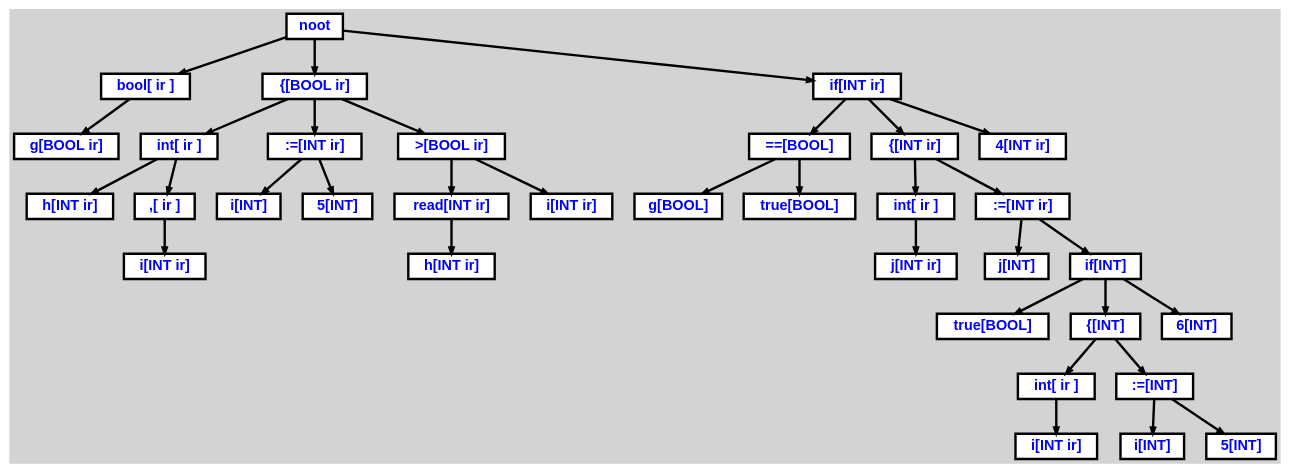
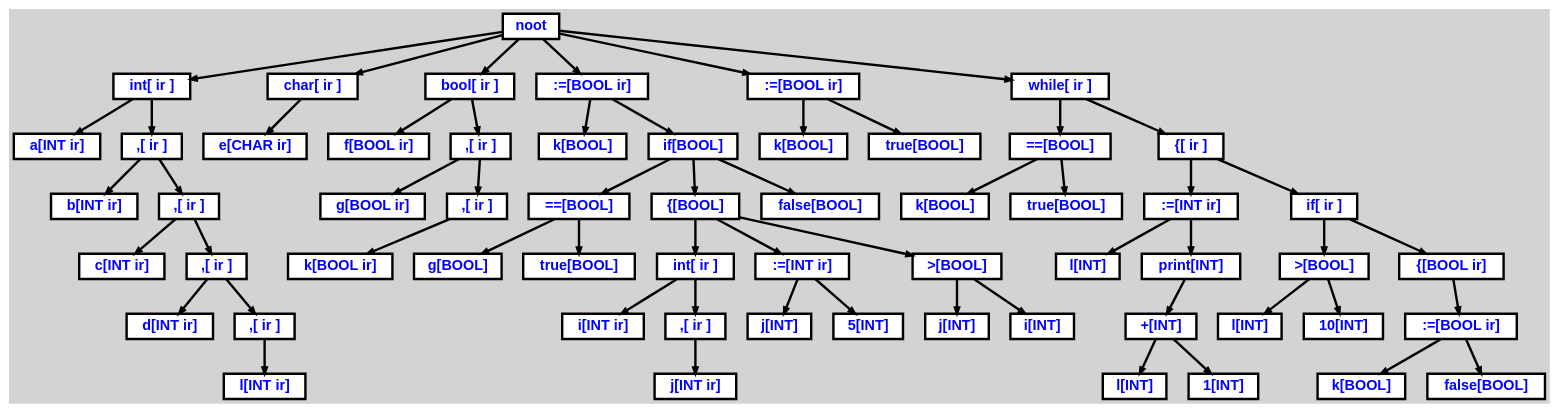
The diagram in examples/example.dot (Shamaoke/Noot-Compiler), drawn with Graphviz before and after one commit. The commit also changed 28 other files, not shown here.

```diff
--- a/examples/example.dot
+++ b/examples/example.dot
@@ -1,94 +1,156 @@
 digraph {
 
 	ordering=out;
 	ranksep=.4;
 	bgcolor="lightgrey"; node [shape=box, fixedsize=false, fontsize=12, fontname="Helvetica-bold", fontcolor="blue"
 		width=.25, height=.25, color="black", fillcolor="white", style="filled, solid, bold"];
 	edge [arrowsize=.5, color="black", style="bold"]
 
   n0 [label="noot"];
-  n1 [label="bool[ ir ]"];
-  n1 [label="bool[ ir ]"];
-  n2 [label="g[BOOL ir]"];
-  n3 [label="{[BOOL ir]"];
-  n3 [label="{[BOOL ir]"];
-  n4 [label="int[ ir ]"];
-  n4 [label="int[ ir ]"];
-  n5 [label="h[INT ir]"];
-  n6 [label=",[ ir ]"];
-  n6 [label=",[ ir ]"];
-  n7 [label="i[INT ir]"];
-  n8 [label=":=[INT ir]"];
-  n8 [label=":=[INT ir]"];
-  n9 [label="i[INT]"];
-  n10 [label="5[INT]"];
-  n11 [label=">[BOOL ir]"];
-  n11 [label=">[BOOL ir]"];
-  n12 [label="read[INT ir]"];
-  n12 [label="read[INT ir]"];
-  n13 [label="h[INT ir]"];
-  n14 [label="i[INT ir]"];
-  n15 [label="if[INT ir]"];
-  n15 [label="if[INT ir]"];
-  n16 [label="==[BOOL]"];
-  n16 [label="==[BOOL]"];
-  n17 [label="g[BOOL]"];
-  n18 [label="true[BOOL]"];
-  n19 [label="{[INT ir]"];
-  n19 [label="{[INT ir]"];
-  n20 [label="int[ ir ]"];
-  n20 [label="int[ ir ]"];
-  n21 [label="j[INT ir]"];
-  n22 [label=":=[INT ir]"];
-  n22 [label=":=[INT ir]"];
-  n23 [label="j[INT]"];
-  n24 [label="if[INT]"];
-  n24 [label="if[INT]"];
-  n25 [label="true[BOOL]"];
-  n26 [label="{[INT]"];
-  n26 [label="{[INT]"];
-  n27 [label="int[ ir ]"];
-  n27 [label="int[ ir ]"];
-  n28 [label="i[INT ir]"];
-  n29 [label=":=[INT]"];
-  n29 [label=":=[INT]"];
-  n30 [label="i[INT]"];
-  n31 [label="5[INT]"];
-  n32 [label="6[INT]"];
-  n33 [label="4[INT ir]"];
+  n1 [label="int[ ir ]"];
+  n1 [label="int[ ir ]"];
+  n2 [label="a[INT ir]"];
+  n3 [label=",[ ir ]"];
+  n3 [label=",[ ir ]"];
+  n4 [label="b[INT ir]"];
+  n5 [label=",[ ir ]"];
+  n5 [label=",[ ir ]"];
+  n6 [label="c[INT ir]"];
+  n7 [label=",[ ir ]"];
+  n7 [label=",[ ir ]"];
+  n8 [label="d[INT ir]"];
+  n9 [label=",[ ir ]"];
+  n9 [label=",[ ir ]"];
+  n10 [label="l[INT ir]"];
+  n11 [label="char[ ir ]"];
+  n11 [label="char[ ir ]"];
+  n12 [label="e[CHAR ir]"];
+  n13 [label="bool[ ir ]"];
+  n13 [label="bool[ ir ]"];
+  n14 [label="f[BOOL ir]"];
+  n15 [label=",[ ir ]"];
+  n15 [label=",[ ir ]"];
+  n16 [label="g[BOOL ir]"];
+  n17 [label=",[ ir ]"];
+  n17 [label=",[ ir ]"];
+  n18 [label="k[BOOL ir]"];
+  n19 [label=":=[BOOL ir]"];
+  n19 [label=":=[BOOL ir]"];
+  n20 [label="k[BOOL]"];
+  n21 [label="if[BOOL]"];
+  n21 [label="if[BOOL]"];
+  n22 [label="==[BOOL]"];
+  n22 [label="==[BOOL]"];
+  n23 [label="g[BOOL]"];
+  n24 [label="true[BOOL]"];
+  n25 [label="{[BOOL]"];
+  n25 [label="{[BOOL]"];
+  n26 [label="int[ ir ]"];
+  n26 [label="int[ ir ]"];
+  n27 [label="i[INT ir]"];
+  n28 [label=",[ ir ]"];
+  n28 [label=",[ ir ]"];
+  n29 [label="j[INT ir]"];
+  n30 [label=":=[INT ir]"];
+  n30 [label=":=[INT ir]"];
+  n31 [label="j[INT]"];
+  n32 [label="5[INT]"];
+  n33 [label=">[BOOL]"];
+  n33 [label=">[BOOL]"];
+  n34 [label="j[INT]"];
+  n35 [label="i[INT]"];
+  n36 [label="false[BOOL]"];
+  n37 [label=":=[BOOL ir]"];
+  n37 [label=":=[BOOL ir]"];
+  n38 [label="k[BOOL]"];
+  n39 [label="true[BOOL]"];
+  n40 [label="while[ ir ]"];
+  n40 [label="while[ ir ]"];
+  n41 [label="==[BOOL]"];
+  n41 [label="==[BOOL]"];
+  n42 [label="k[BOOL]"];
+  n43 [label="true[BOOL]"];
+  n44 [label="{[ ir ]"];
+  n44 [label="{[ ir ]"];
+  n45 [label=":=[INT ir]"];
+  n45 [label=":=[INT ir]"];
+  n46 [label="l[INT]"];
+  n47 [label="print[INT]"];
+  n47 [label="print[INT]"];
+  n48 [label="+[INT]"];
+  n48 [label="+[INT]"];
+  n49 [label="l[INT]"];
+  n50 [label="1[INT]"];
+  n51 [label="if[ ir ]"];
+  n51 [label="if[ ir ]"];
+  n52 [label=">[BOOL]"];
+  n52 [label=">[BOOL]"];
+  n53 [label="l[INT]"];
+  n54 [label="10[INT]"];
+  n55 [label="{[BOOL ir]"];
+  n55 [label="{[BOOL ir]"];
+  n56 [label=":=[BOOL ir]"];
+  n56 [label=":=[BOOL ir]"];
+  n57 [label="k[BOOL]"];
+  n58 [label="false[BOOL]"];
 
-  n0 -> n1 // "noot" -> "bool[ ir ]"
-  n1 -> n2 // "bool[ ir ]" -> "g[BOOL ir]"
-  n0 -> n3 // "noot" -> "{[BOOL ir]"
-  n3 -> n4 // "{[BOOL ir]" -> "int[ ir ]"
-  n4 -> n5 // "int[ ir ]" -> "h[INT ir]"
-  n4 -> n6 // "int[ ir ]" -> ",[ ir ]"
-  n6 -> n7 // ",[ ir ]" -> "i[INT ir]"
-  n3 -> n8 // "{[BOOL ir]" -> ":=[INT ir]"
-  n8 -> n9 // ":=[INT ir]" -> "i[INT]"
-  n8 -> n10 // ":=[INT ir]" -> "5[INT]"
-  n3 -> n11 // "{[BOOL ir]" -> ">[BOOL ir]"
-  n11 -> n12 // ">[BOOL ir]" -> "read[INT ir]"
-  n12 -> n13 // "read[INT ir]" -> "h[INT ir]"
-  n11 -> n14 // ">[BOOL ir]" -> "i[INT ir]"
-  n0 -> n15 // "noot" -> "if[INT ir]"
-  n15 -> n16 // "if[INT ir]" -> "==[BOOL]"
-  n16 -> n17 // "==[BOOL]" -> "g[BOOL]"
-  n16 -> n18 // "==[BOOL]" -> "true[BOOL]"
-  n15 -> n19 // "if[INT ir]" -> "{[INT ir]"
-  n19 -> n20 // "{[INT ir]" -> "int[ ir ]"
-  n20 -> n21 // "int[ ir ]" -> "j[INT ir]"
-  n19 -> n22 // "{[INT ir]" -> ":=[INT ir]"
-  n22 -> n23 // ":=[INT ir]" -> "j[INT]"
-  n22 -> n24 // ":=[INT ir]" -> "if[INT]"
-  n24 -> n25 // "if[INT]" -> "true[BOOL]"
-  n24 -> n26 // "if[INT]" -> "{[INT]"
-  n26 -> n27 // "{[INT]" -> "int[ ir ]"
-  n27 -> n28 // "int[ ir ]" -> "i[INT ir]"
-  n26 -> n29 // "{[INT]" -> ":=[INT]"
-  n29 -> n30 // ":=[INT]" -> "i[INT]"
-  n29 -> n31 // ":=[INT]" -> "5[INT]"
-  n24 -> n32 // "if[INT]" -> "6[INT]"
-  n15 -> n33 // "if[INT ir]" -> "4[INT ir]"
+  n0 -> n1 // "noot" -> "int[ ir ]"
+  n1 -> n2 // "int[ ir ]" -> "a[INT ir]"
+  n1 -> n3 // "int[ ir ]" -> ",[ ir ]"
+  n3 -> n4 // ",[ ir ]" -> "b[INT ir]"
+  n3 -> n5 // ",[ ir ]" -> ",[ ir ]"
+  n5 -> n6 // ",[ ir ]" -> "c[INT ir]"
+  n5 -> n7 // ",[ ir ]" -> ",[ ir ]"
+  n7 -> n8 // ",[ ir ]" -> "d[INT ir]"
+  n7 -> n9 // ",[ ir ]" -> ",[ ir ]"
+  n9 -> n10 // ",[ ir ]" -> "l[INT ir]"
+  n0 -> n11 // "noot" -> "char[ ir ]"
+  n11 -> n12 // "char[ ir ]" -> "e[CHAR ir]"
+  n0 -> n13 // "noot" -> "bool[ ir ]"
+  n13 -> n14 // "bool[ ir ]" -> "f[BOOL ir]"
+  n13 -> n15 // "bool[ ir ]" -> ",[ ir ]"
+  n15 -> n16 // ",[ ir ]" -> "g[BOOL ir]"
+  n15 -> n17 // ",[ ir ]" -> ",[ ir ]"
+  n17 -> n18 // ",[ ir ]" -> "k[BOOL ir]"
+  n0 -> n19 // "noot" -> ":=[BOOL ir]"
+  n19 -> n20 // ":=[BOOL ir]" -> "k[BOOL]"
+  n19 -> n21 // ":=[BOOL ir]" -> "if[BOOL]"
+  n21 -> n22 // "if[BOOL]" -> "==[BOOL]"
+  n22 -> n23 // "==[BOOL]" -> "g[BOOL]"
+  n22 -> n24 // "==[BOOL]" -> "true[BOOL]"
+  n21 -> n25 // "if[BOOL]" -> "{[BOOL]"
+  n25 -> n26 // "{[BOOL]" -> "int[ ir ]"
+  n26 -> n27 // "int[ ir ]" -> "i[INT ir]"
+  n26 -> n28 // "int[ ir ]" -> ",[ ir ]"
+  n28 -> n29 // ",[ ir ]" -> "j[INT ir]"
+  n25 -> n30 // "{[BOOL]" -> ":=[INT ir]"
+  n30 -> n31 // ":=[INT ir]" -> "j[INT]"
+  n30 -> n32 // ":=[INT ir]" -> "5[INT]"
+  n25 -> n33 // "{[BOOL]" -> ">[BOOL]"
+  n33 -> n34 // ">[BOOL]" -> "j[INT]"
+  n33 -> n35 // ">[BOOL]" -> "i[INT]"
+  n21 -> n36 // "if[BOOL]" -> "false[BOOL]"
+  n0 -> n37 // "noot" -> ":=[BOOL ir]"
+  n37 -> n38 // ":=[BOOL ir]" -> "k[BOOL]"
+  n37 -> n39 // ":=[BOOL ir]" -> "true[BOOL]"
+  n0 -> n40 // "noot" -> "while[ ir ]"
+  n40 -> n41 // "while[ ir ]" -> "==[BOOL]"
+  n41 -> n42 // "==[BOOL]" -> "k[BOOL]"
+  n41 -> n43 // "==[BOOL]" -> "true[BOOL]"
+  n40 -> n44 // "while[ ir ]" -> "{[ ir ]"
+  n44 -> n45 // "{[ ir ]" -> ":=[INT ir]"
+  n45 -> n46 // ":=[INT ir]" -> "l[INT]"
+  n45 -> n47 // ":=[INT ir]" -> "print[INT]"
+  n47 -> n48 // "print[INT]" -> "+[INT]"
+  n48 -> n49 // "+[INT]" -> "l[INT]"
+  n48 -> n50 // "+[INT]" -> "1[INT]"
+  n44 -> n51 // "{[ ir ]" -> "if[ ir ]"
+  n51 -> n52 // "if[ ir ]" -> ">[BOOL]"
+  n52 -> n53 // ">[BOOL]" -> "l[INT]"
+  n52 -> n54 // ">[BOOL]" -> "10[INT]"
+  n51 -> n55 // "if[ ir ]" -> "{[BOOL ir]"
+  n55 -> n56 // "{[BOOL ir]" -> ":=[BOOL ir]"
+  n56 -> n57 // ":=[BOOL ir]" -> "k[BOOL]"
+  n56 -> n58 // ":=[BOOL ir]" -> "false[BOOL]"
 
 }
```
